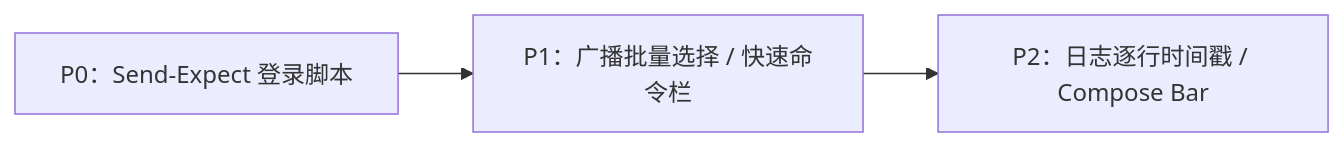
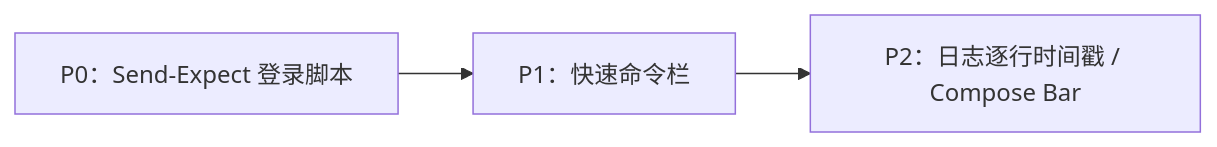
One commit to Tomshushu/Qshell changed the diagram in docs/TERMINAL_COMPARISON_XSHELL.md. Above: the diagram before and after it, drawn with Mermaid. The commit also changed other lines of this file, not shown here.

````diff
--- a/docs/TERMINAL_COMPARISON_XSHELL.md
+++ b/docs/TERMINAL_COMPARISON_XSHELL.md
@@ -90,4 +86,4 @@
 ```mermaid
 flowchart LR
-    P0["P0：Send-Expect 登录脚本"] --> P1["P1：广播批量选择 / 快速命令栏"] --> P2["P2：日志逐行时间戳 / Compose Bar"]
+    P0["P0：Send-Expect 登录脚本"] --> P1["P1：快速命令栏"] --> P2["P2：日志逐行时间戳 / Compose Bar"]
 ```
````
